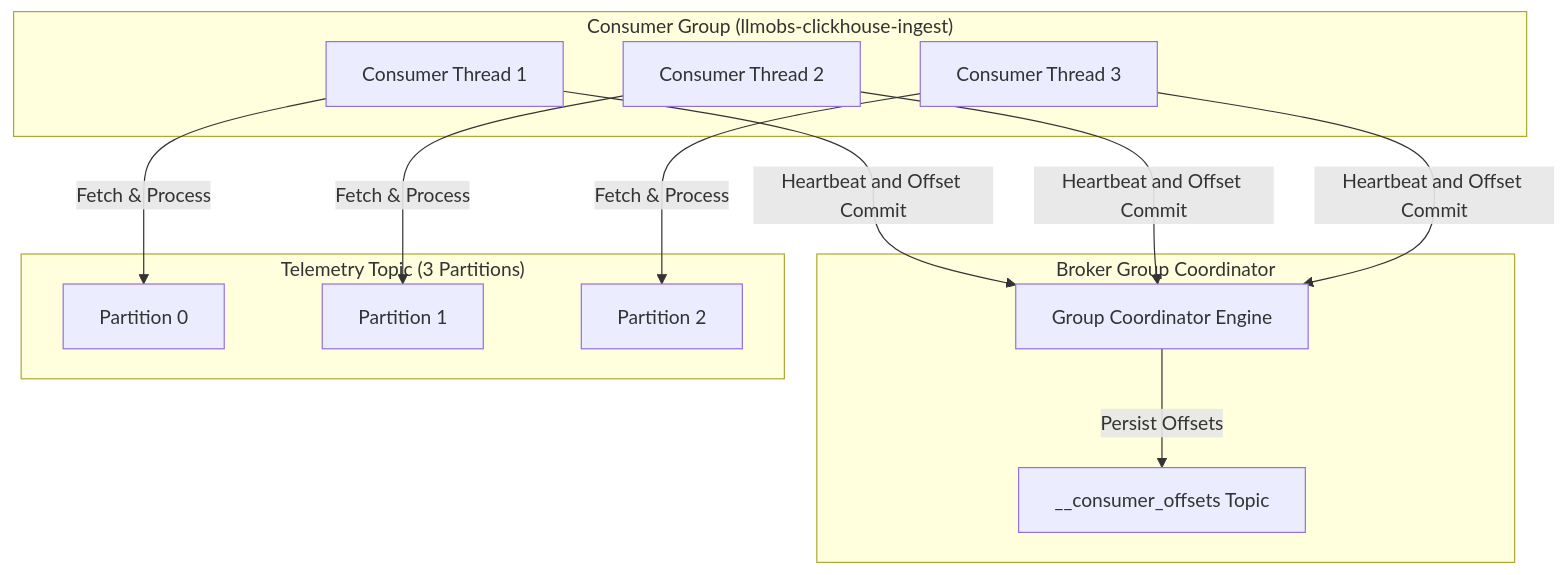
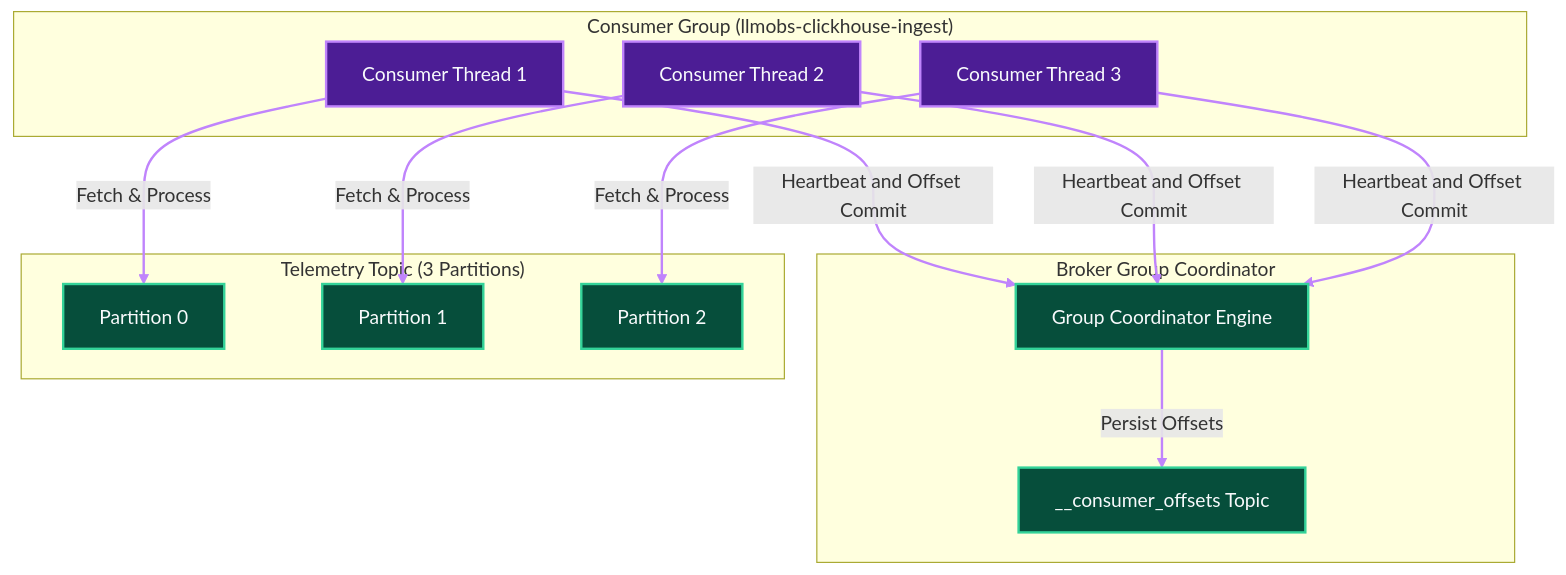
Before and after one commit to Chief-Strategist-J/llm-obs-infra: the seventh of 18 diagrams in docs/configDoc/kafka-configuration-guide.md, drawn with Mermaid. The commit also changed other lines of this file, not shown here.

Commit message:
docs(kafka): reorder component sections to Code -> HLD -> LLD -> Parameters and apply custom color styling to all Mermaid diagrams

````diff
--- a/docs/configDoc/kafka-configuration-guide.md
+++ b/docs/configDoc/kafka-configuration-guide.md
@@ -712,28 +853,39 @@
 ```mermaid
 graph TD
     subgraph ConsumerGroup ["Consumer Group (llmobs-clickhouse-ingest)"]
         C1["Consumer Thread 1"]
         C2["Consumer Thread 2"]
         C3["Consumer Thread 3"]
     end
 
     subgraph BrokerGroupCoordinator ["Broker Group Coordinator"]
         Coord["Group Coordinator Engine"]
         OffsetTopic["__consumer_offsets Topic"]
     end
 
     subgraph KafkaTopicPartitions ["Telemetry Topic (3 Partitions)"]
         P0["Partition 0"]
         P1["Partition 1"]
         P2["Partition 2"]
     end
 
     C1 -->|Fetch & Process| P0
     C2 -->|Fetch & Process| P1
     C3 -->|Fetch & Process| P2
 
     C1 -->|Heartbeat and Offset Commit| Coord
     C2 -->|Heartbeat and Offset Commit| Coord
     C3 -->|Heartbeat and Offset Commit| Coord
     Coord -->|Persist Offsets| OffsetTopic
+
+    style C1 fill:#4c1d95,stroke:#c084fc,stroke-width:2px,color:#f8fafc
+    style C2 fill:#4c1d95,stroke:#c084fc,stroke-width:2px,color:#f8fafc
+    style C3 fill:#4c1d95,stroke:#c084fc,stroke-width:2px,color:#f8fafc
+    style Coord fill:#064e3b,stroke:#34d399,stroke-width:2px,color:#f8fafc
+    style OffsetTopic fill:#064e3b,stroke:#34d399,stroke-width:2px,color:#f8fafc
+    style P0 fill:#064e3b,stroke:#34d399,stroke-width:2px,color:#f8fafc
+    style P1 fill:#064e3b,stroke:#34d399,stroke-width:2px,color:#f8fafc
+    style P2 fill:#064e3b,stroke:#34d399,stroke-width:2px,color:#f8fafc
+
+    linkStyle 0,1,2,3,4,5,6 stroke:#c084fc,stroke-width:2px;
 ```
````
